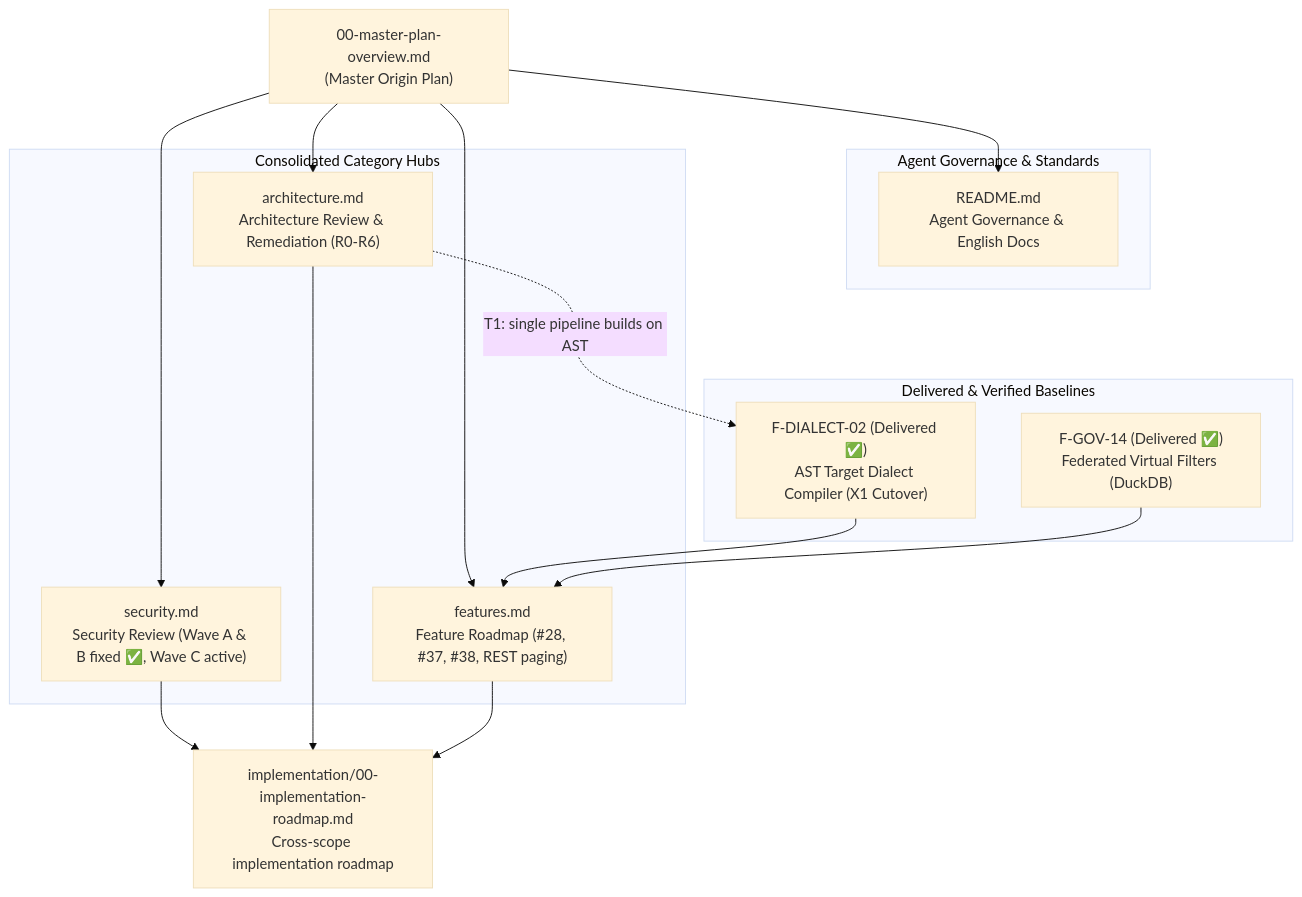
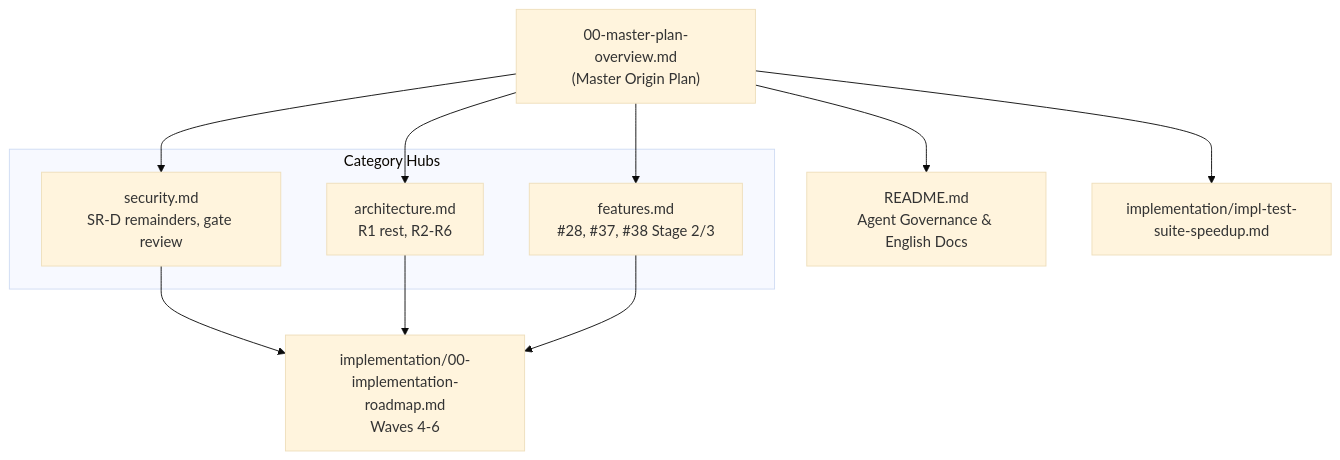
One commit to themulle/autheris changed the diagram in docs/plans/00-master-plan-overview.md. Above: the diagram before and after it, drawn with Mermaid (base theme). The commit also changed other lines of this file and 12 other files, not shown here.

````diff
--- a/docs/plans/00-master-plan-overview.md
+++ b/docs/plans/00-master-plan-overview.md
@@ -42,31 +42,23 @@
 ```mermaid
 flowchart TD
     MP["00-master-plan-overview.md<br/>(Master Origin Plan)"]
+    AG["README.md<br/>Agent Governance & English Docs"]
+    IR["implementation/00-implementation-roadmap.md<br/>Waves 4-6"]
 
-    subgraph Governance ["Agent Governance & Standards"]
-        AG["README.md<br/>Agent Governance & English Docs"]
+    subgraph Categories ["Category Hubs"]
+        SR["security.md<br/>SR-D remainders, gate review"]
+        AR["architecture.md<br/>R1 rest, R2-R6"]
+        FT["features.md<br/>#28, #37, #38 Stage 2/3"]
     end
 
-    subgraph Categories ["Consolidated Category Hubs"]
-        SR["security.md<br/>Security Review (Wave A & B fixed ✅, Wave C active)"]
-        AR["architecture.md<br/>Architecture Review & Remediation (R0-R6)"]
-        FT["features.md<br/>Feature Roadmap (#28, #37, #38, REST paging)"]
-    end
-
-    subgraph Delivered ["Delivered & Verified Baselines"]
-        ADG["F-DIALECT-02 (Delivered ✅)<br/>AST Target Dialect Compiler (X1 Cutover)"]
-        VF["F-GOV-14 (Delivered ✅)<br/>Federated Virtual Filters (DuckDB)"]
-    end
+    TS["implementation/impl-test-suite-speedup.md"]
 
     MP --> AG
     MP --> SR
     MP --> AR
     MP --> FT
-    IR["implementation/00-implementation-roadmap.md<br/>Cross-scope implementation roadmap"]
+    MP --> TS
     SR --> IR
     AR --> IR
     FT --> IR
-    ADG --> FT
-    VF --> FT
-    AR -.->|"T1: single pipeline builds on AST"| ADG
 ```
````
